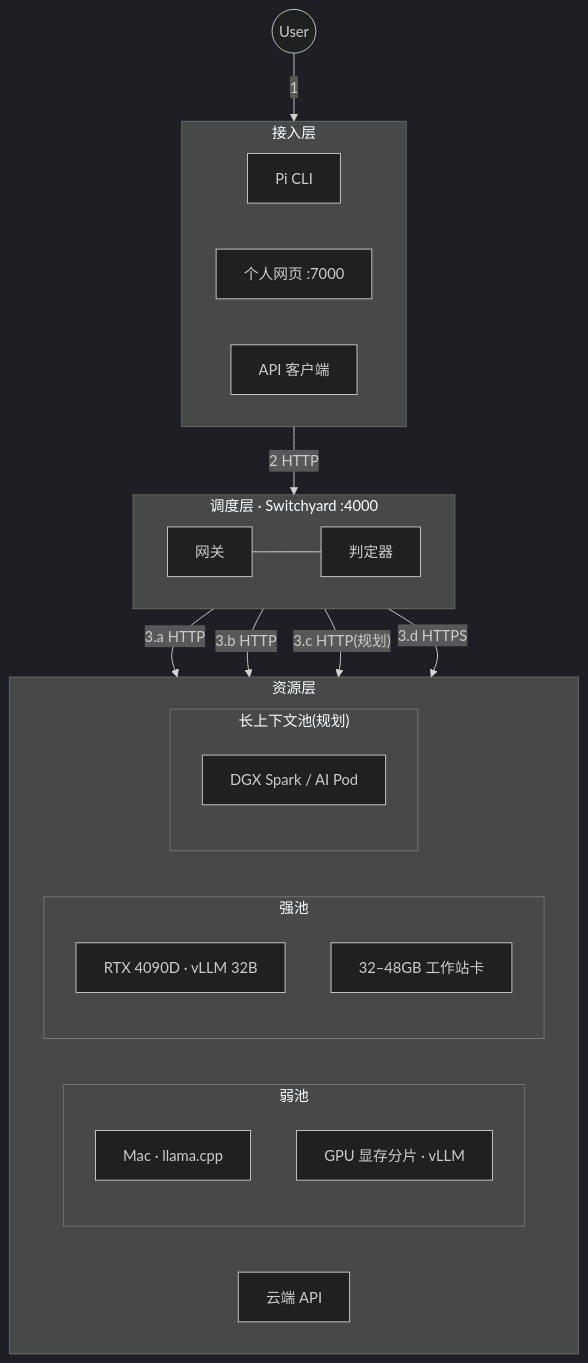
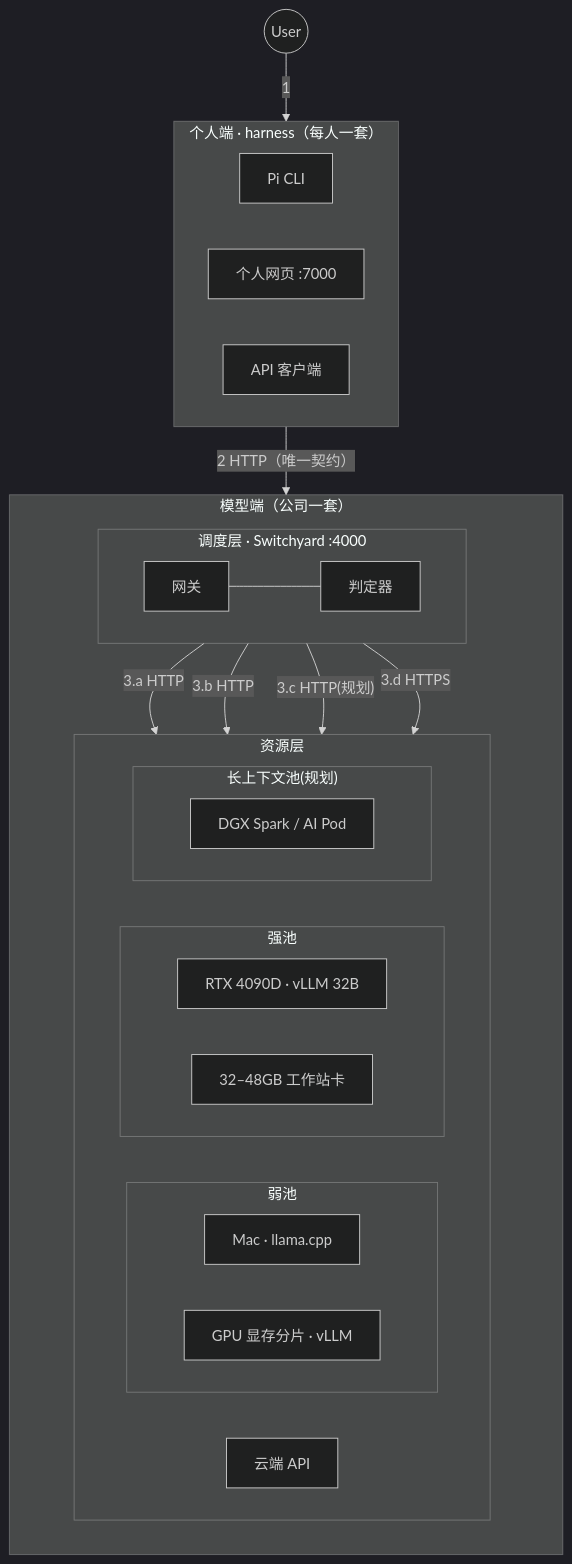
One commit to murphyren225/local_infer changed the first of 2 diagrams in docs/design.md. Above: the diagram before and after it, drawn with Mermaid (dark theme). The commit also changed other lines of this file and 7 other files, not shown here.

Commit message:
docs: design.md reframed around 个人端 (harness) and 模型端 (Switchyard + inference)

````diff
--- a/docs/design.md
+++ b/docs/design.md
@@ -45,36 +64,39 @@
 ```mermaid
 flowchart TD
     U(("User")) -- "1" --> ACCESS
-    subgraph ACCESS["接入层"]
+    subgraph ACCESS["个人端 · harness（每人一套）"]
         direction LR
         W1["Pi CLI"]
         W2["个人网页 :7000"]
         W3["API 客户端"]
     end
-    ACCESS -- "2  HTTP" --> G
-    subgraph G["调度层 · Switchyard :4000"]
-        direction LR
-        GW["网关"]
-        JD["判定器"]
-        GW --- JD
-    end
-    G -- "3.a  HTTP" --> WPOOL
-    G -- "3.b  HTTP" --> SPOOL
-    G -- "3.c  HTTP(规划)" --> LPOOL
-    G -- "3.d  HTTPS" --> CL
-    subgraph BOTTOM["资源层"]
-        direction LR
-        subgraph WPOOL["弱池"]
-            WH1["Mac · llama.cpp"]
-            WH2["GPU 显存分片 · vLLM"]
+    ACCESS -- "2  HTTP（唯一契约）" --> G
+    subgraph MODEL["模型端（公司一套）"]
+        direction TB
+        subgraph G["调度层 · Switchyard :4000"]
+            direction LR
+            GW["网关"]
+            JD["判定器"]
+            GW --- JD
         end
-        subgraph SPOOL["强池"]
-            SH1["RTX 4090D · vLLM 32B"]
-            SH2["32–48GB 工作站卡"]
+        G -- "3.a  HTTP" --> WPOOL
+        G -- "3.b  HTTP" --> SPOOL
+        G -- "3.c  HTTP(规划)" --> LPOOL
+        G -- "3.d  HTTPS" --> CL
+        subgraph BOTTOM["资源层"]
+            direction LR
+            subgraph WPOOL["弱池"]
+                WH1["Mac · llama.cpp"]
+                WH2["GPU 显存分片 · vLLM"]
+            end
+            subgraph SPOOL["强池"]
+                SH1["RTX 4090D · vLLM 32B"]
+                SH2["32–48GB 工作站卡"]
+            end
+            subgraph LPOOL["长上下文池(规划)"]
+                LH1["DGX Spark / AI Pod"]
+            end
+            CL["云端 API"]
         end
-        subgraph LPOOL["长上下文池(规划)"]
-            LH1["DGX Spark / AI Pod"]
-        end
-        CL["云端 API"]
     end
 ```
````
